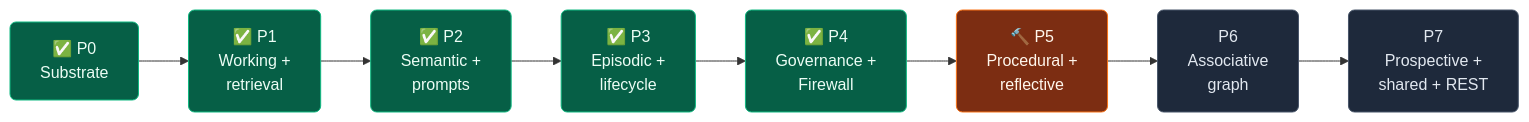
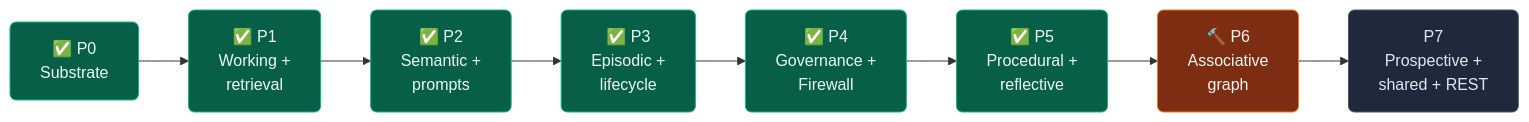
Before and after one commit to techiewonk/memspine: the second of 2 diagrams in README.md, drawn with Mermaid. The commit also changed other lines of this file and 4 other files, not shown here.

````diff
--- a/README.md
+++ b/README.md
@@ -206,10 +206,10 @@
 ```mermaid
 flowchart LR
-    P0["✅ P0<br/>Substrate"] --> P1["✅ P1<br/>Working +<br/>retrieval"] --> P2["✅ P2<br/>Semantic +<br/>prompts"] --> P3["✅ P3<br/>Episodic +<br/>lifecycle"] --> P4["✅ P4<br/>Governance +<br/>Firewall"] --> P5["🔨 P5<br/>Procedural +<br/>reflective"] --> P6["P6<br/>Associative<br/>graph"] --> P7["P7<br/>Prospective +<br/>shared + REST"]
+    P0["✅ P0<br/>Substrate"] --> P1["✅ P1<br/>Working +<br/>retrieval"] --> P2["✅ P2<br/>Semantic +<br/>prompts"] --> P3["✅ P3<br/>Episodic +<br/>lifecycle"] --> P4["✅ P4<br/>Governance +<br/>Firewall"] --> P5["✅ P5<br/>Procedural +<br/>reflective"] --> P6["🔨 P6<br/>Associative<br/>graph"] --> P7["P7<br/>Prospective +<br/>shared + REST"]
     classDef done fill:#065f46,stroke:#10b981,color:#ecfdf5,rx:6,ry:6;
     classDef wip fill:#7c2d12,stroke:#f97316,color:#fff7ed,rx:6,ry:6;
     classDef todo fill:#1e293b,stroke:#475569,color:#e2e8f0,rx:6,ry:6;
-    class P0,P1,P2,P3,P4 done;
-    class P5 wip;
-    class P6,P7 todo;
+    class P0,P1,P2,P3,P4,P5 done;
+    class P6 wip;
+    class P7 todo;
 ```
````
